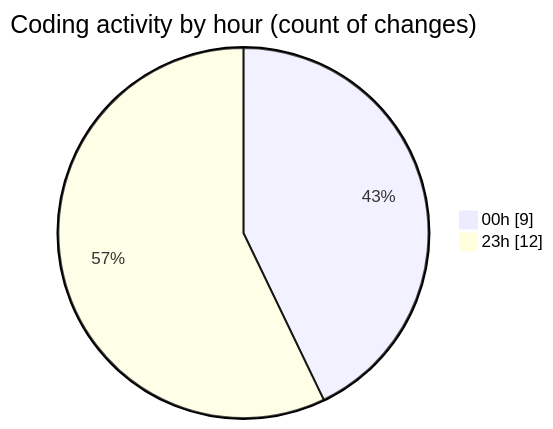
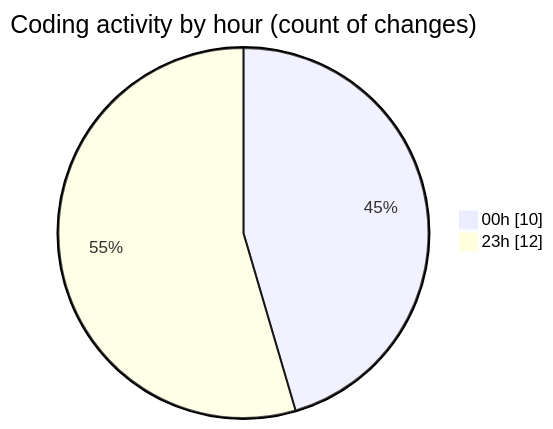
The second of 2 diagrams in 2025-10-31/eventscop-frontend-guide__workspace_/README.md (julien-gomy/code-tracking), drawn with Mermaid before and after one commit. The commit also changed other lines of this file and 1 other file, not shown here.

````diff
--- a/2025-10-31/eventscop-frontend-guide__workspace_/README.md
+++ b/2025-10-31/eventscop-frontend-guide__workspace_/README.md
@@ -35,6 +35,6 @@
 ```mermaid
 pie showData
 title Coding activity by hour (count of changes)
-"00h" : 9
+"00h" : 10
 "23h" : 12
 ```
````
